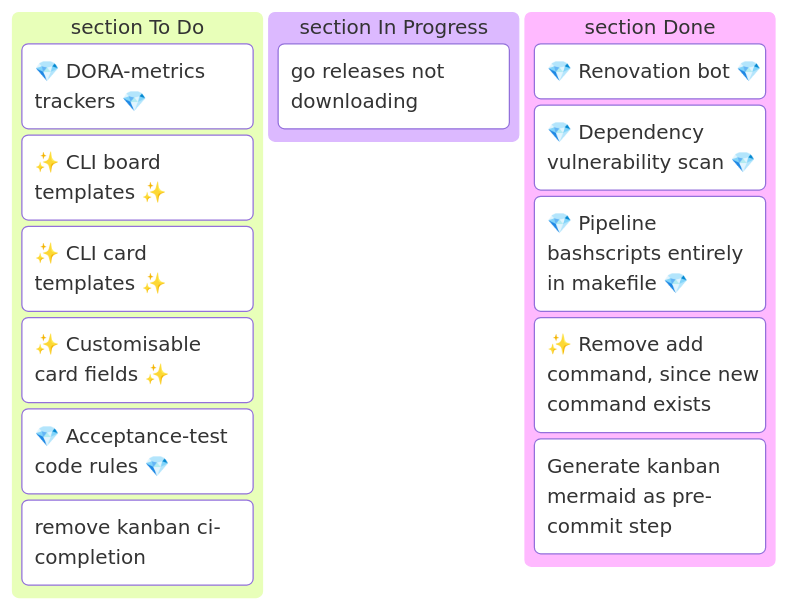
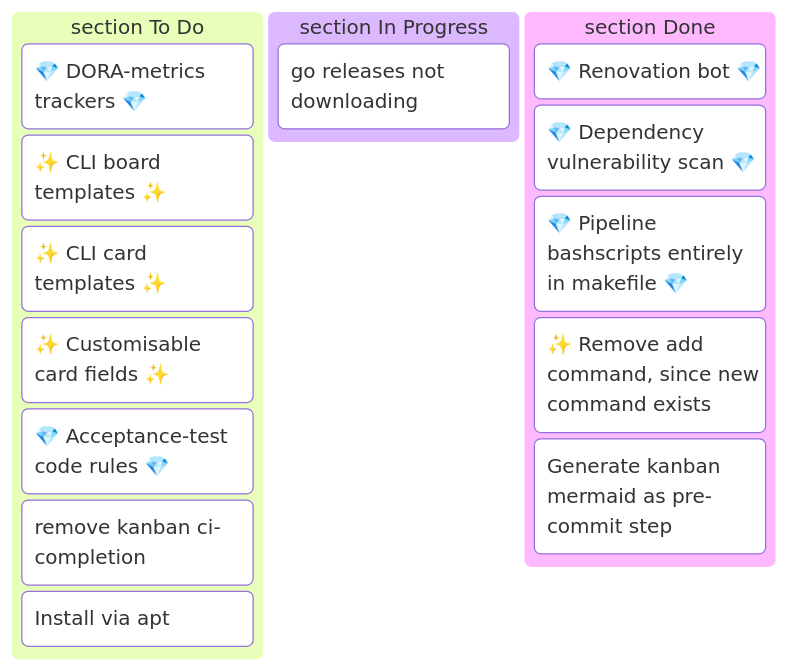
Before and after one commit to jmsargent/Kanban: the diagram in README.md, drawn with Mermaid. The commit also changed other lines of this file and 3 other files, not shown here.

````diff
--- a/README.md
+++ b/README.md
@@ -8,18 +51,19 @@
 ```mermaid
 kanban
   section To Do
     TASK-001@{ label: "💎 DORA-metrics trackers 💎" }
     TASK-002@{ label: "✨ CLI board templates ✨" }
     TASK-003@{ label: "✨ CLI card templates ✨" }
     TASK-004@{ label: "✨ Customisable card fields ✨" }
     TASK-008@{ label: "💎 Acceptance-test code rules 💎" }
     TASK-012@{ label: "remove kanban ci-completion" }
+    TASK-014@{ label: "Install via apt" }
   section In Progress
     TASK-010@{ label: "go releases not downloading" }
   section Done
     TASK-005@{ label: "💎 Renovation bot 💎" }
     TASK-006@{ label: "💎 Dependency vulnerability scan 💎" }
     TASK-007@{ label: "💎 Pipeline bashscripts entirely in makefile 💎" }
     TASK-011@{ label: "✨ Remove add command, since new command exists" }
     TASK-013@{ label: "Generate kanban mermaid as pre-commit step" }
 ```
````
